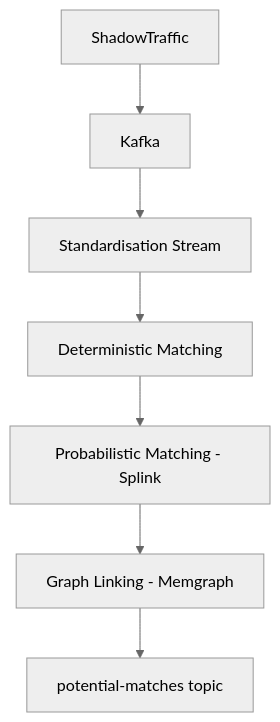
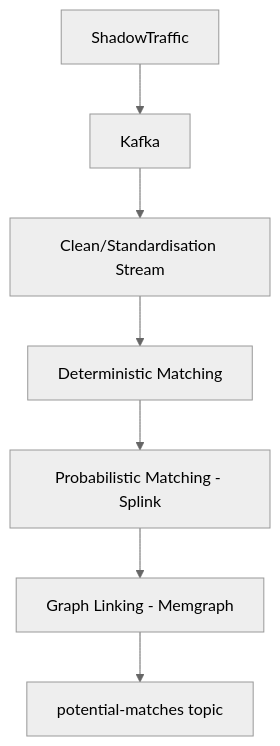
One commit to stonesy88/entity-resolution changed the diagram in readme.md. Above: the diagram before and after it, drawn with Mermaid (neutral theme). The commit also changed other lines of this file and 4 other files, not shown here.

````diff
--- a/readme.md
+++ b/readme.md
@@ -11,10 +11,10 @@
 ```mermaid
 flowchart TD
   S[ShadowTraffic] --> K[Kafka]
-  K --> S1[Standardisation Stream]
+  K --> S1[Clean/Standardisation Stream]
   S1 --> D[Deterministic Matching]
   D --> P[Probabilistic Matching - Splink]
   P --> M[Graph Linking - Memgraph]
   M --> PM[potential-matches topic]
 
 ```
````
